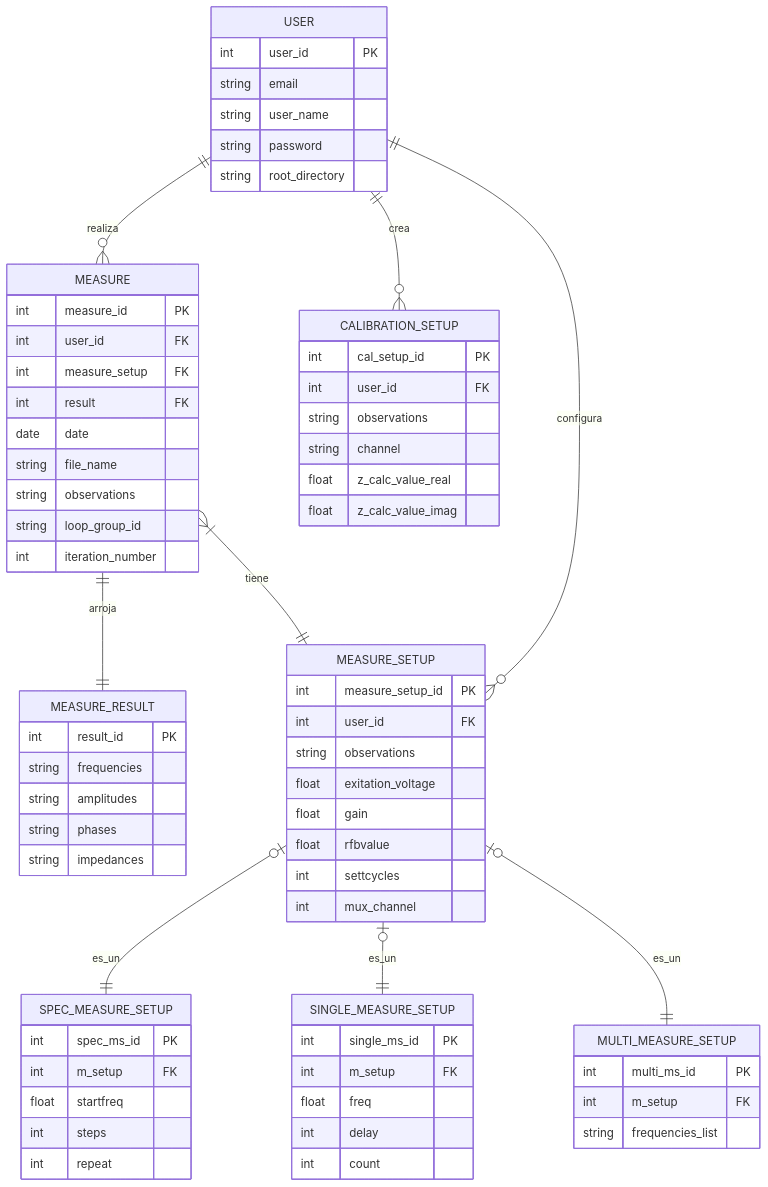
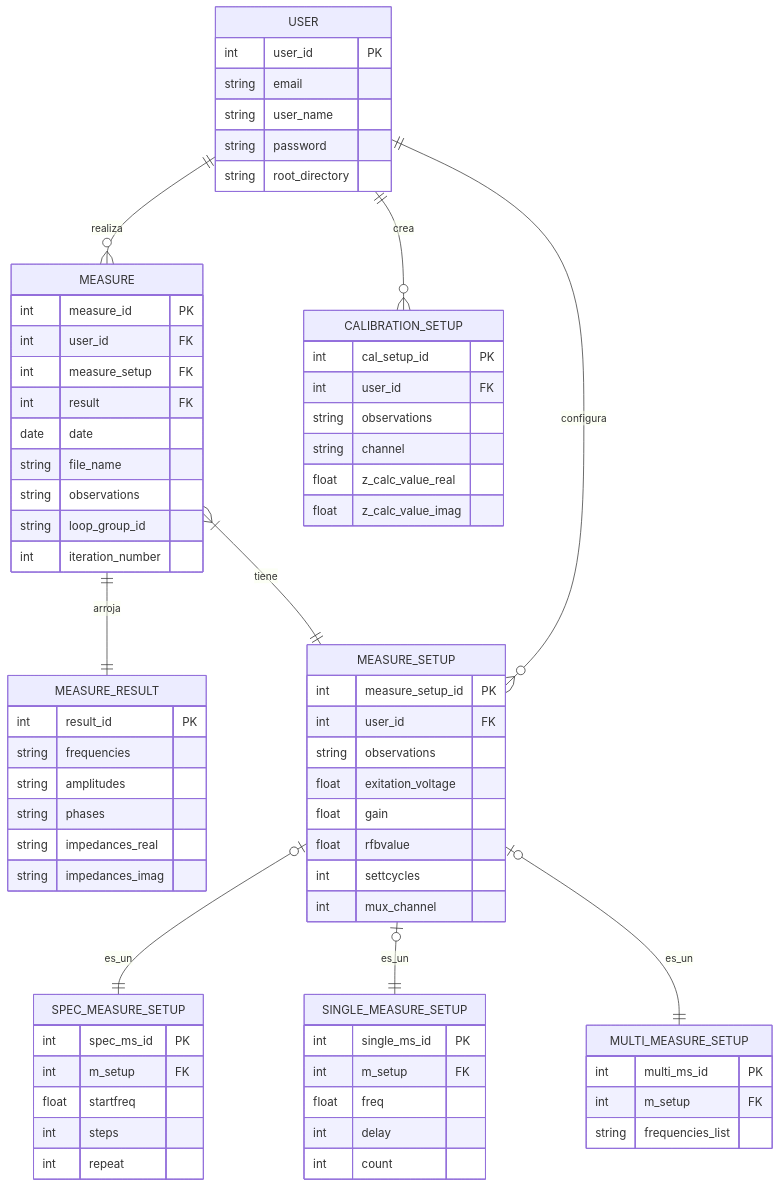
Before and after one commit to alegrelias/Repo-GMini: the fourth of 4 diagrams in Gmini-MarkDown/Diagramas/Diseño de base de datos.md, drawn with Mermaid.

Commit message:
Se modifica DER

```diff
--- a/Gmini-MarkDown/Diagramas/Diseño de base de datos.md
+++ b/Gmini-MarkDown/Diagramas/Diseño de base de datos.md
@@ -65,7 +65,8 @@
 	string frequencies
 	string amplitudes
 	string phases
-	string impedances
+	string impedances_real
+	string impedances_imag
 }
 
 MEASURE_SETUP{
```
